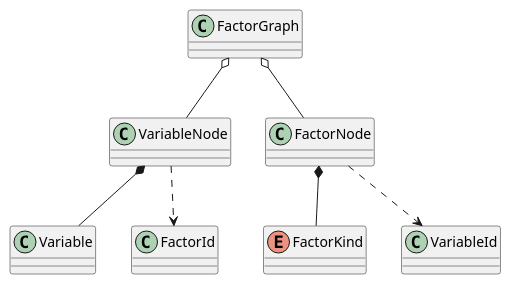
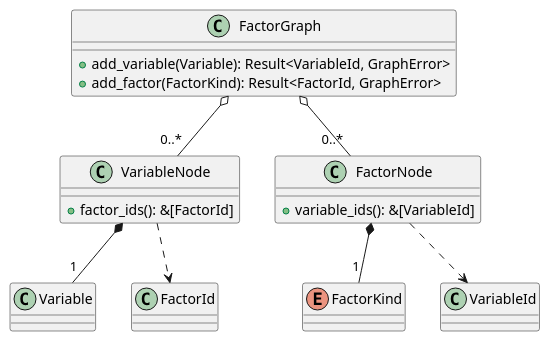
Before and after one commit to crowetc/loopy: the diagram in docs/factor-graph.puml, drawn with PlantUML. The commit also changed 5 other files, not shown here.

Commit message:
update um diagrams

```diff
--- a/docs/factor-graph.puml
+++ b/docs/factor-graph.puml
@@ -1,23 +1,33 @@
 @startuml
 
-class FactorGraph
+class FactorGraph {
+    +add_variable(Variable): Result<VariableId, GraphError>
+    +add_factor(FactorKind): Result<FactorId, GraphError>
+}
 
-class VariableNode
-class FactorNode
+class VariableNode {
+    +factor_ids(): &[FactorId]
+}
+
+class FactorNode {
+    +variable_ids(): &[VariableId]
+}
 
 class Variable
+
 enum FactorKind
 
 class VariableId
+
 class FactorId
 
-FactorGraph o-- VariableNode
-FactorGraph o-- FactorNode
+FactorGraph o-- "0..*" VariableNode
+FactorGraph o-- "0..*" FactorNode
 
-VariableNode *-- Variable
+VariableNode *-- "1" Variable
 VariableNode ..> FactorId
 
-FactorNode *-- FactorKind
+FactorNode *-- "1" FactorKind
 FactorNode ..> VariableId
 
 @enduml
```
